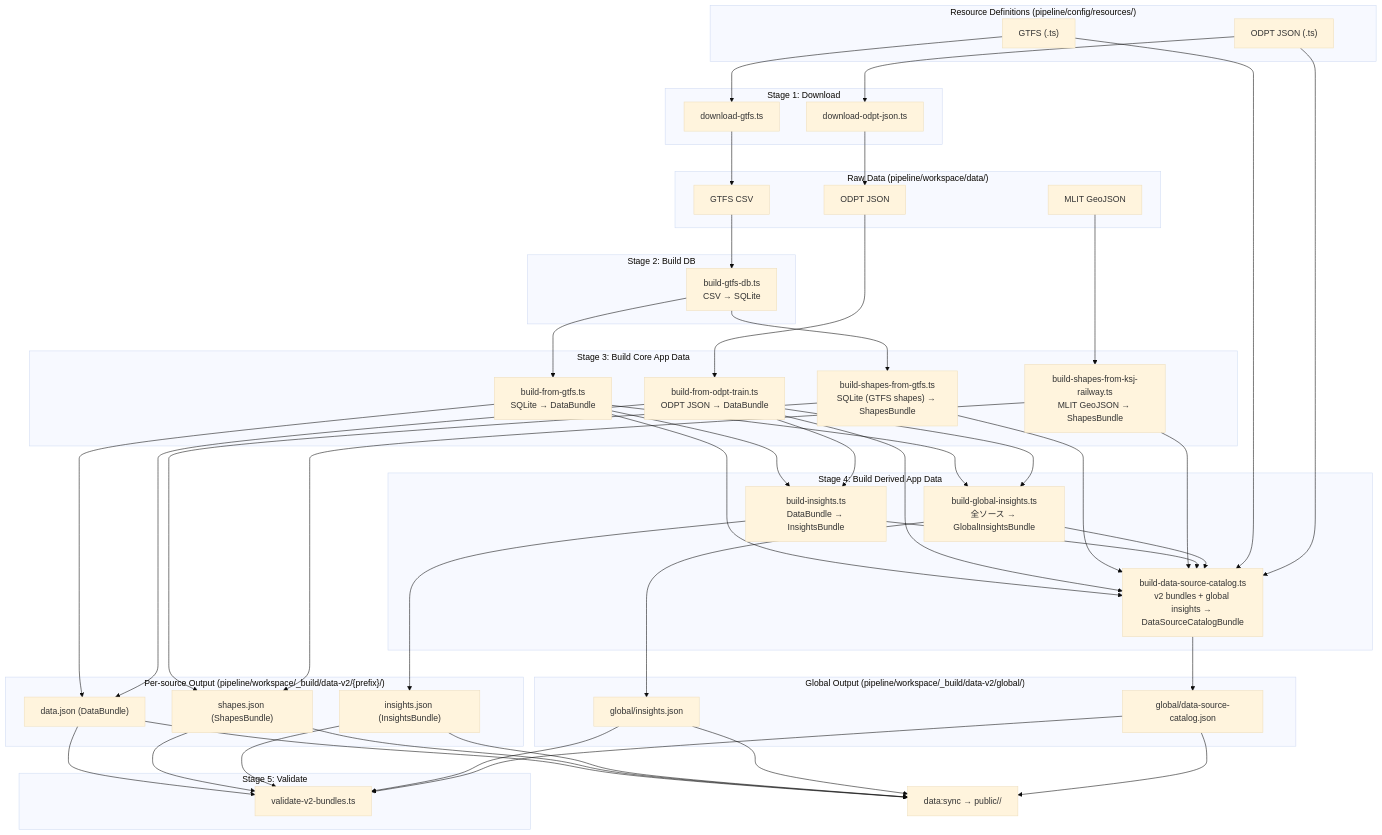
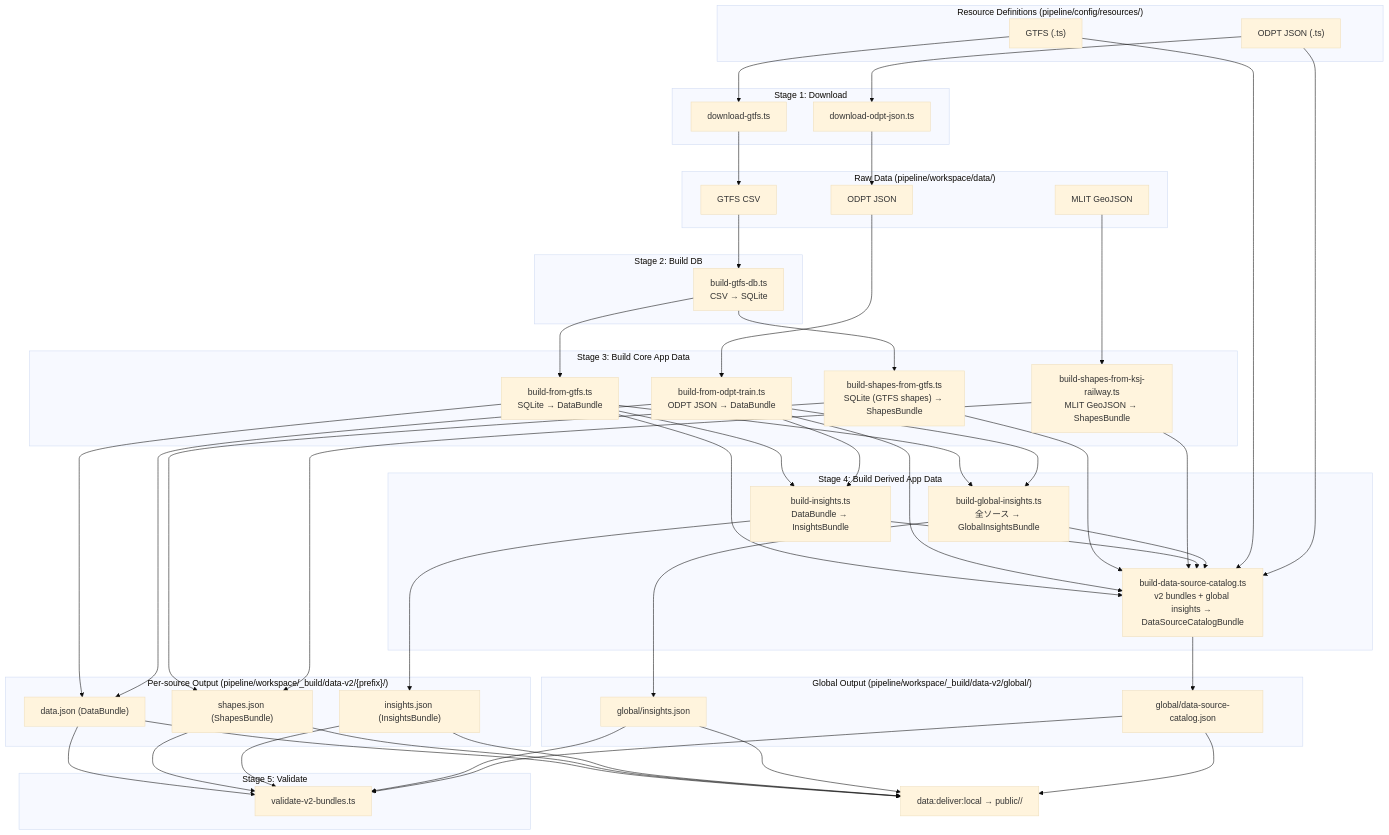
The diagram in pipeline/README.md (F88/athenai-transit), drawn with Mermaid (base theme) before and after one commit. The commit also changed other lines of this file and 12 other files, not shown here.

First line of the commit message:
refactor(dev): rename data:sync to data:deliver:local

````diff
--- a/pipeline/README.md
+++ b/pipeline/README.md
@@ -78,71 +78,71 @@
 ```mermaid
 flowchart TD
     subgraph src["Resource Definitions (pipeline/config/resources/)"]
         GR["GTFS (.ts)"]
         OR["ODPT JSON (.ts)"]
     end
 
     subgraph dl["Stage 1: Download"]
         GR --> DG["download-gtfs.ts"]
         OR --> DO["download-odpt-json.ts"]
     end
 
     subgraph raw["Raw Data (pipeline/workspace/data/)"]
         DG --> CSV["GTFS CSV"]
         DO --> OJSON["ODPT JSON"]
         MLIT["MLIT GeoJSON"]
     end
 
     subgraph s2["Stage 2: Build DB"]
         CSV --> DB["build-gtfs-db.ts<br/>CSV → SQLite"]
     end
 
     subgraph s3["Stage 3: Build Core App Data"]
         DB --> BD["build-from-gtfs.ts<br/>SQLite → DataBundle"]
         OJSON --> BO["build-from-odpt-train.ts<br/>ODPT JSON → DataBundle"]
         DB --> BGS["build-shapes-from-gtfs.ts<br/>SQLite (GTFS shapes) → ShapesBundle"]
         MLIT --> BKS["build-shapes-from-ksj-railway.ts<br/>MLIT GeoJSON → ShapesBundle"]
     end
 
     subgraph s4["Stage 4: Build Derived App Data"]
         BD --> BI["build-insights.ts<br/>DataBundle → InsightsBundle"]
         BO --> BI
         BD --> BGI["build-global-insights.ts<br/>全ソース → GlobalInsightsBundle"]
         BO --> BGI
         BD --> BDC["build-data-source-catalog.ts<br/>v2 bundles + global insights → DataSourceCatalogBundle"]
         BO --> BDC
         BGS --> BDC
         BKS --> BDC
         BI --> BDC
         BGI --> BDC
         GR --> BDC
         OR --> BDC
     end
 
     subgraph outLocal["Per-source Output (pipeline/workspace/_build/data-v2/{prefix}/)"]
         BD --> JSON["data.json (DataBundle)"]
         BO --> JSON
         BGS --> SHAPES["shapes.json (ShapesBundle)"]
         BKS --> SHAPES
         BI --> INSIGHTS["insights.json (InsightsBundle)"]
     end
 
     subgraph outGlobal["Global Output (pipeline/workspace/_build/data-v2/global/)"]
         BGI --> GINSIGHTS["global/insights.json"]
         BDC --> CATALOG["global/data-source-catalog.json"]
     end
 
     subgraph s5["Stage 5: Validate"]
         JSON --> VAL["validate-v2-bundles.ts"]
         SHAPES --> VAL
         INSIGHTS --> VAL
         GINSIGHTS --> VAL
         CATALOG --> VAL
     end
 
-    JSON --> SYNC["data:sync → public/<PIPELINE_TRANSIT_DATA_DIR>/"]
+    JSON --> SYNC["data:deliver:local → public/<PIPELINE_TRANSIT_DATA_DIR>/"]
     SHAPES --> SYNC
     INSIGHTS --> SYNC
     GINSIGHTS --> SYNC
     CATALOG --> SYNC
 ```
````
